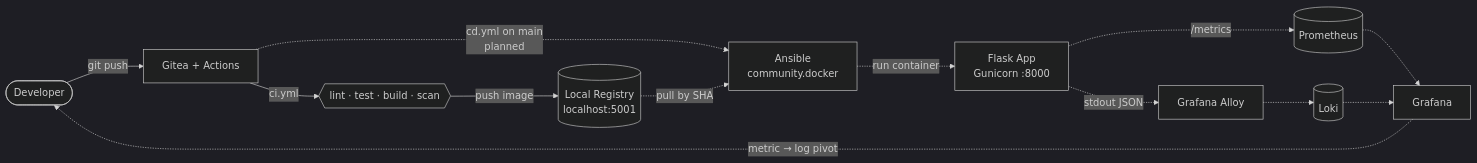
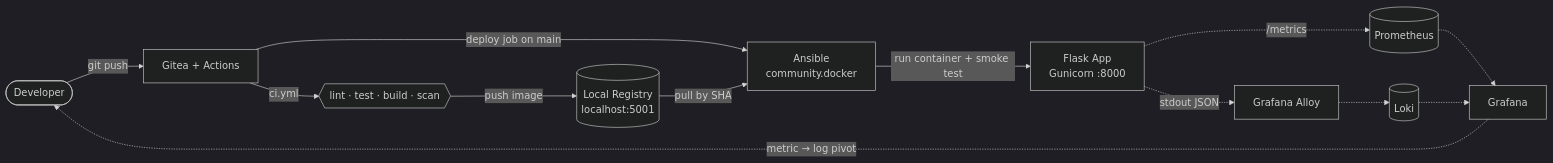
One commit to myloo23/MilanProjA-Szakdoga changed the first of 2 diagrams in README.md. Above: the diagram before and after it, drawn with Mermaid (dark theme). The commit also changed other lines of this file and 1 other file, not shown here.

````diff
--- a/README.md
+++ b/README.md
@@ -28,15 +29,15 @@
 ```mermaid
 flowchart LR
     Dev([Developer]) -->|git push| Gitea[Gitea + Actions]
     Gitea -->|ci.yml| CI{{lint · test · build · scan}}
     CI -->|push image| Reg[(Local Registry<br/>localhost:5001)]
-    Gitea -.->|cd.yml on main<br/>planned| Ansible[Ansible<br/>community.docker]
-    Reg -.->|pull by SHA| Ansible
-    Ansible -.->|run container| App[Flask App<br/>Gunicorn :8000]
+    Gitea -->|deploy job on main| Ansible[Ansible<br/>community.docker]
+    Reg -->|pull by SHA| Ansible
+    Ansible -->|run container + smoke test| App[Flask App<br/>Gunicorn :8000]
     App -.->|/metrics| Prom[(Prometheus)]
     App -.->|stdout JSON| Alloy[Grafana Alloy]
     Alloy -.-> Loki[(Loki)]
     Prom -.-> Graf[Grafana]
     Loki -.-> Graf
     Graf -.->|metric → log pivot| Dev
 ```
````
